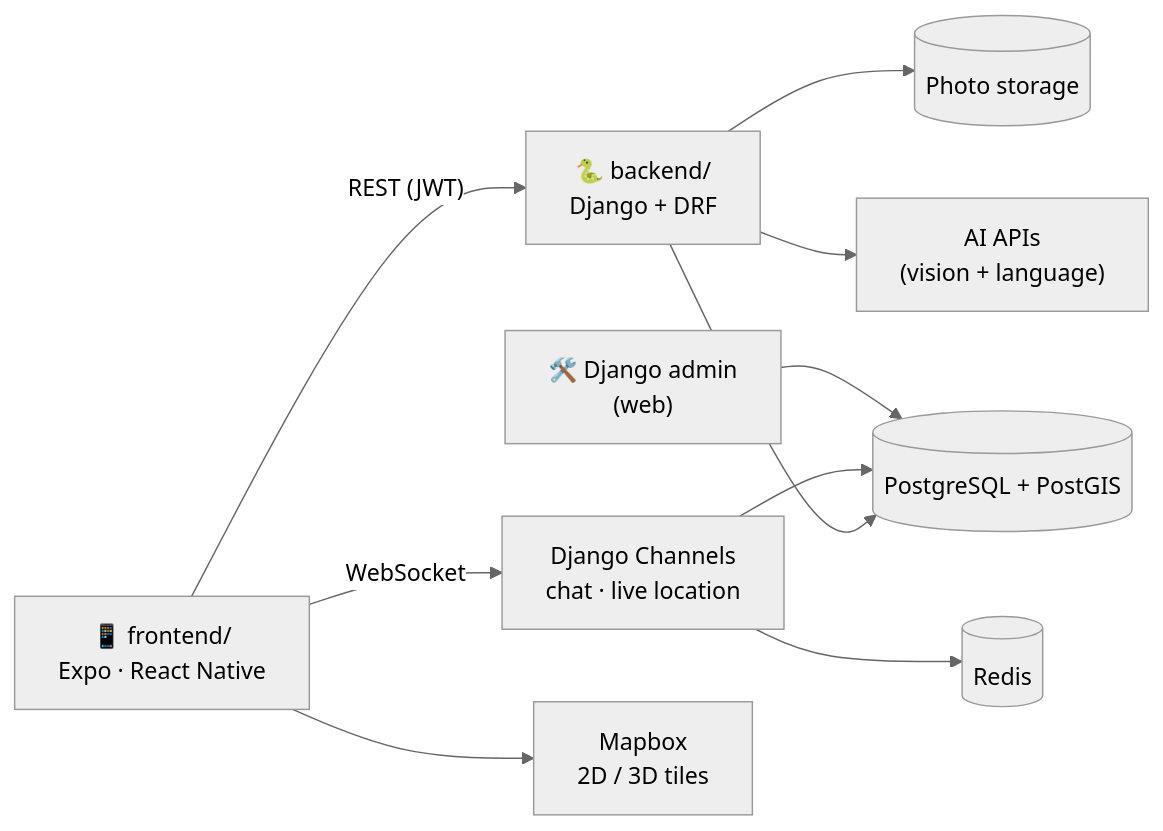
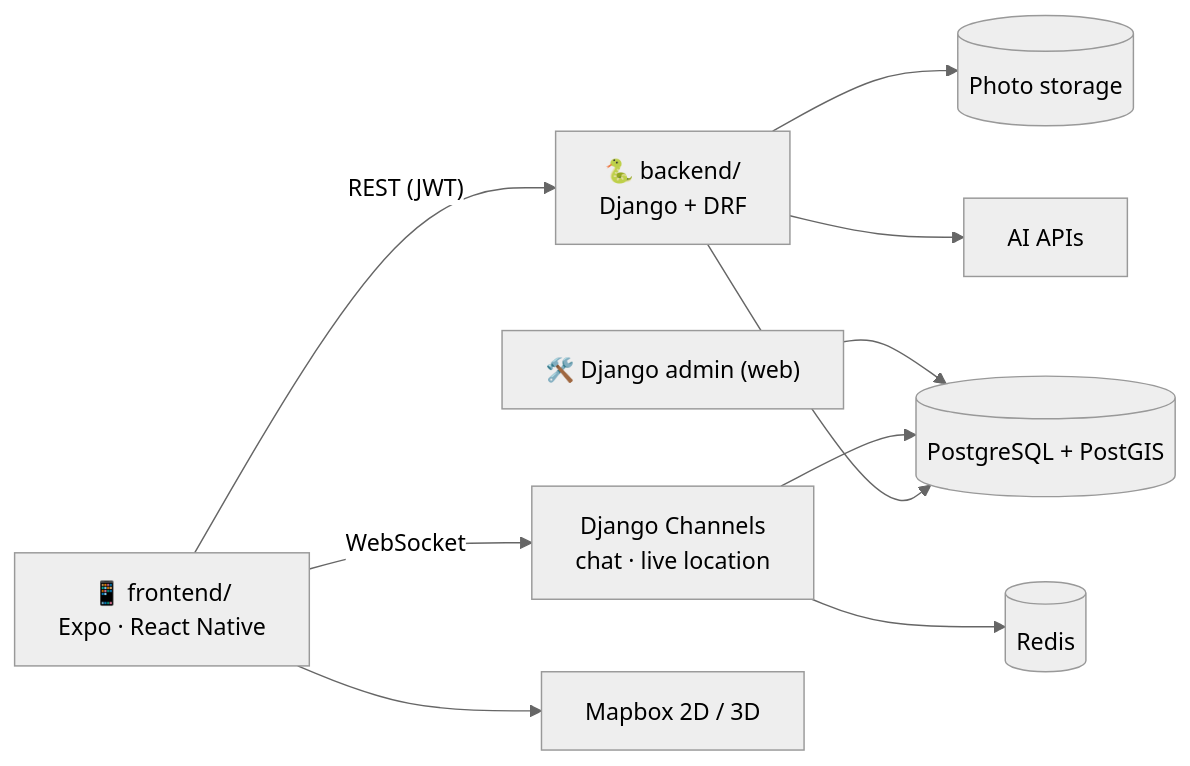
One commit to rinorze/menaxhimi-projekteve-commitcrew changed the diagram in docs/PLAN.md. Above: the diagram before and after it, drawn with Mermaid (neutral theme). The commit also changed other lines of this file and 4 other files, not shown here.

````diff
--- a/docs/PLAN.md
+++ b/docs/PLAN.md
@@ -206,12 +132,12 @@
 ```mermaid
 flowchart LR
   App["📱 frontend/<br/>Expo · React Native"] -- REST (JWT) --> API["🐍 backend/<br/>Django + DRF"]
   App -- WebSocket --> WS["Django Channels<br/>chat · live location"]
   API --> DB[("PostgreSQL + PostGIS")]
   WS --> R[(Redis)]
   WS --> DB
   API --> S[(Photo storage)]
-  API --> AI["AI APIs<br/>(vision + language)"]
-  Admin["🛠️ Django admin<br/>(web)"] --> DB
-  App --> MB["Mapbox<br/>2D / 3D tiles"]
+  API --> AI["AI APIs"]
+  Admin["🛠️ Django admin (web)"] --> DB
+  App --> MB["Mapbox 2D / 3D"]
 ```
````
